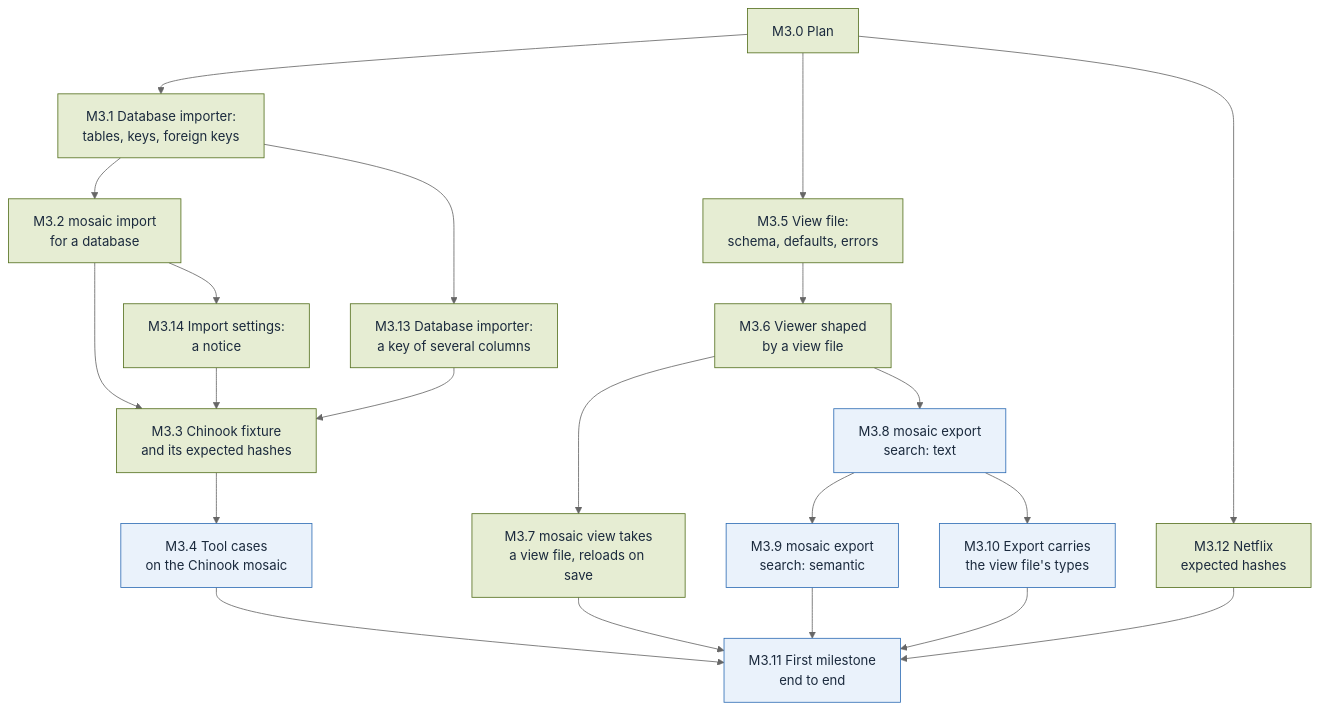
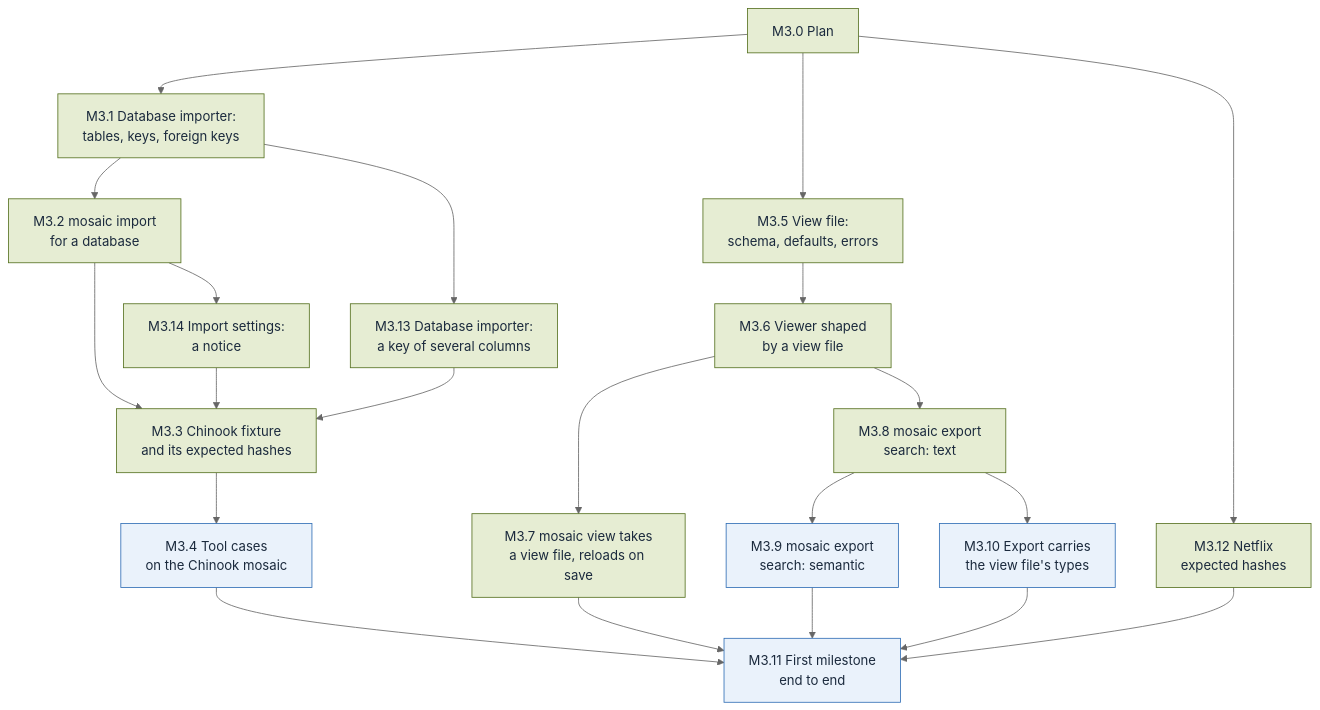
One commit to alcjor/Mosaic changed the diagram in plan/M3.md. Above: the diagram before and after it, drawn with Mermaid (neutral theme). The commit also changed other lines of this file and 14 other files, not shown here.

````diff
--- a/plan/M3.md
+++ b/plan/M3.md
@@ -3,74 +3,74 @@
 ```mermaid
 flowchart TD
   classDef done fill:#E6EDD3,stroke:#55701F,color:#1B2A3D
   classDef todo fill:#EAF2FB,stroke:#2F6DB5,color:#1B2A3D
   classDef parked fill:#FCEFCF,stroke:#F2B630,color:#1B2A3D
   %% One block per slice: its node, then its status (done, todo or parked).
   %% Blank lines keep each status line apart, so two PRs marking two slices merge cleanly.
 
   M3_0["M3.0 Plan"]
   class M3_0 done
 
   M3_1["M3.1 Database importer:<br/>tables, keys, foreign keys"]
   class M3_1 done
 
   M3_2["M3.2 mosaic import<br/>for a database"]
   class M3_2 done
 
   M3_3["M3.3 Chinook fixture<br/>and its expected hashes"]
   class M3_3 done
 
   M3_4["M3.4 Tool cases<br/>on the Chinook mosaic"]
   class M3_4 todo
 
   M3_5["M3.5 View file:<br/>schema, defaults, errors"]
   class M3_5 done
 
   M3_6["M3.6 Viewer shaped<br/>by a view file"]
   class M3_6 done
 
   M3_7["M3.7 mosaic view takes<br/>a view file, reloads on save"]
   class M3_7 done
 
   M3_8["M3.8 mosaic export<br/>search: text"]
-  class M3_8 todo
+  class M3_8 done
 
   M3_9["M3.9 mosaic export<br/>search: semantic"]
   class M3_9 todo
 
   M3_10["M3.10 Export carries<br/>the view file's types"]
   class M3_10 todo
 
   M3_11["M3.11 First milestone<br/>end to end"]
   class M3_11 todo
 
   M3_12["M3.12 Netflix<br/>expected hashes"]
   class M3_12 done
 
   M3_13["M3.13 Database importer:<br/>a key of several columns"]
   class M3_13 done
 
   M3_14["M3.14 Import settings:<br/>a notice"]
   class M3_14 done
 
   M3_0 --> M3_1
   M3_1 --> M3_2
   M3_2 --> M3_3
   M3_3 --> M3_4
   M3_0 --> M3_5
   M3_5 --> M3_6
   M3_6 --> M3_7
   M3_6 --> M3_8
   M3_8 --> M3_9
   M3_8 --> M3_10
   M3_4 --> M3_11
   M3_7 --> M3_11
   M3_9 --> M3_11
   M3_10 --> M3_11
   M3_0 --> M3_12
   M3_12 --> M3_11
   M3_1 --> M3_13
   M3_13 --> M3_3
   M3_2 --> M3_14
   M3_14 --> M3_3
 ```
````
